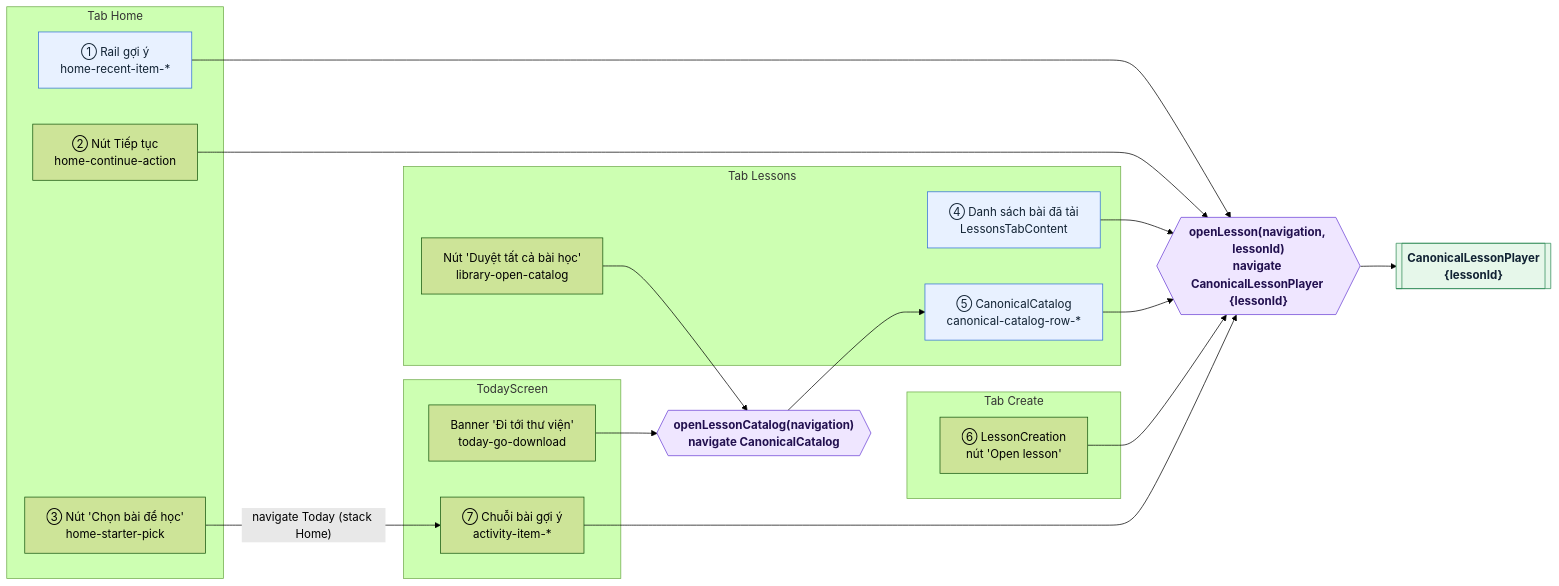
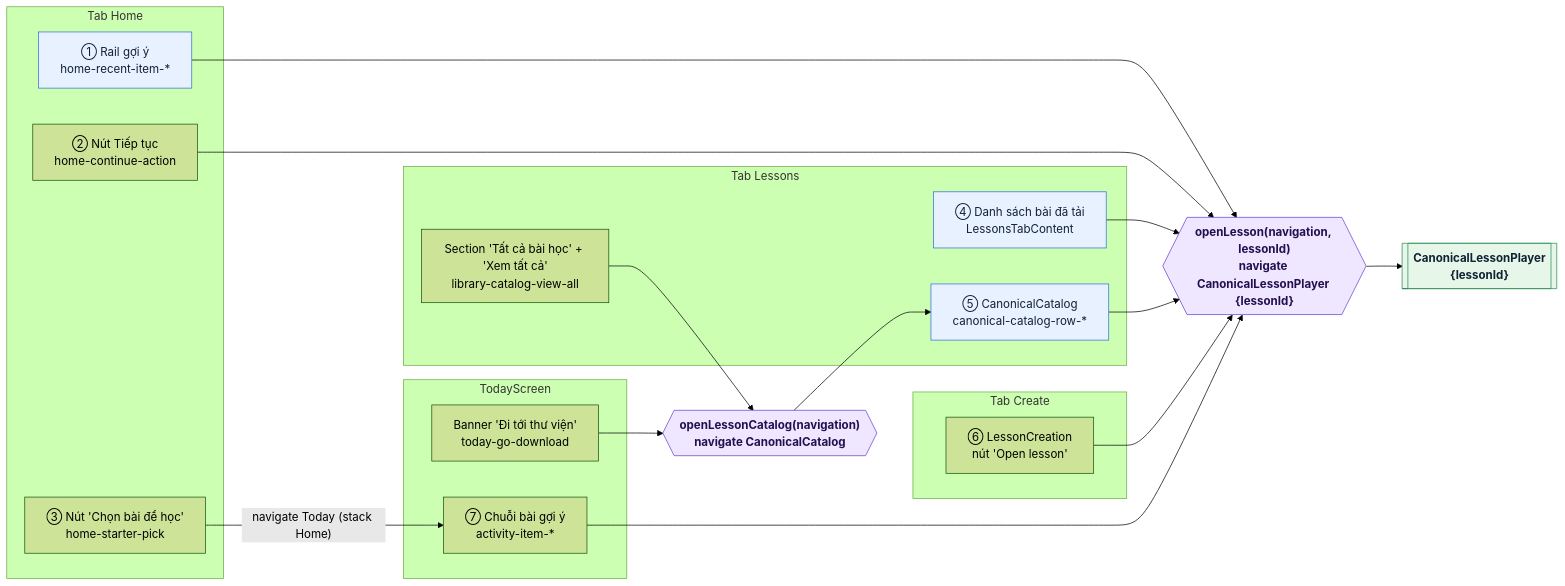
One commit to hnhatr/LingoBites-App changed the first of 2 diagrams in docs/architecture/lesson-entry-points.md. Above: the diagram before and after it, drawn with Mermaid (forest theme). The commit also changed other lines of this file and 11 other files, not shown here.

First line of the commit message:
feat: show the catalog as a section in the Library "Bài học" list

````diff
--- a/docs/architecture/lesson-entry-points.md
+++ b/docs/architecture/lesson-entry-points.md
@@ -30,43 +30,43 @@
 ```mermaid
 flowchart LR
   classDef player fill:#e6f7ea,stroke:#2e8b57,color:#123,font-weight:bold
   classDef helper fill:#efe6ff,stroke:#6b3fd6,color:#22104f,font-weight:bold
   classDef list fill:#e8f1ff,stroke:#2f6fd6,color:#123
 
   subgraph Home["Tab Home"]
     H1["① Rail gợi ý<br/>home-recent-item-*"]:::list
     H2["② Nút Tiếp tục<br/>home-continue-action"]
     H3["③ Nút 'Chọn bài để học'<br/>home-starter-pick"]
   end
 
   subgraph Lessons["Tab Lessons"]
     L1["④ Danh sách bài đã tải<br/>LessonsTabContent"]:::list
-    L0["Nút 'Duyệt tất cả bài học'<br/>library-open-catalog"]
+    L0["Section 'Tất cả bài học' + 'Xem tất cả'<br/>library-catalog-view-all"]
     CAT["⑤ CanonicalCatalog<br/>canonical-catalog-row-*"]:::list
   end
 
   subgraph Create["Tab Create"]
     CR["⑥ LessonCreation<br/>nút 'Open lesson'"]
   end
 
   subgraph TodayS["TodayScreen"]
     T7["⑦ Chuỗi bài gợi ý<br/>activity-item-*"]
     TLib["Banner 'Đi tới thư viện'<br/>today-go-download"]
   end
 
   OL{{"openLesson(navigation, lessonId)<br/>navigate CanonicalLessonPlayer {lessonId}"}}:::helper
   OLC{{"openLessonCatalog(navigation)<br/>navigate CanonicalCatalog"}}:::helper
   P[["CanonicalLessonPlayer<br/>{lessonId}"]]:::player
 
   H1 --> OL
   H2 --> OL
   H3 -->|"navigate Today (stack Home)"| T7
   L1 --> OL
   CAT --> OL
   CR --> OL
   T7 --> OL
   L0 --> OLC
   TLib --> OLC
   OLC --> CAT
   OL --> P
 ```
````
